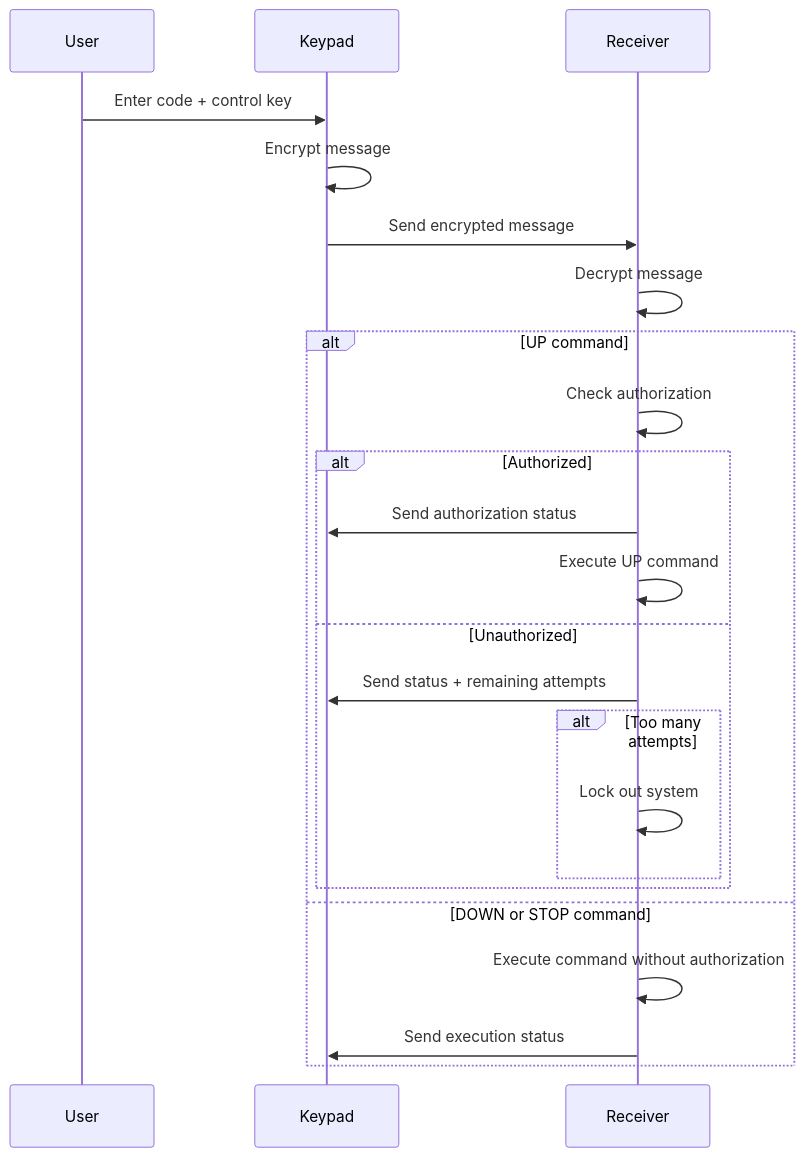
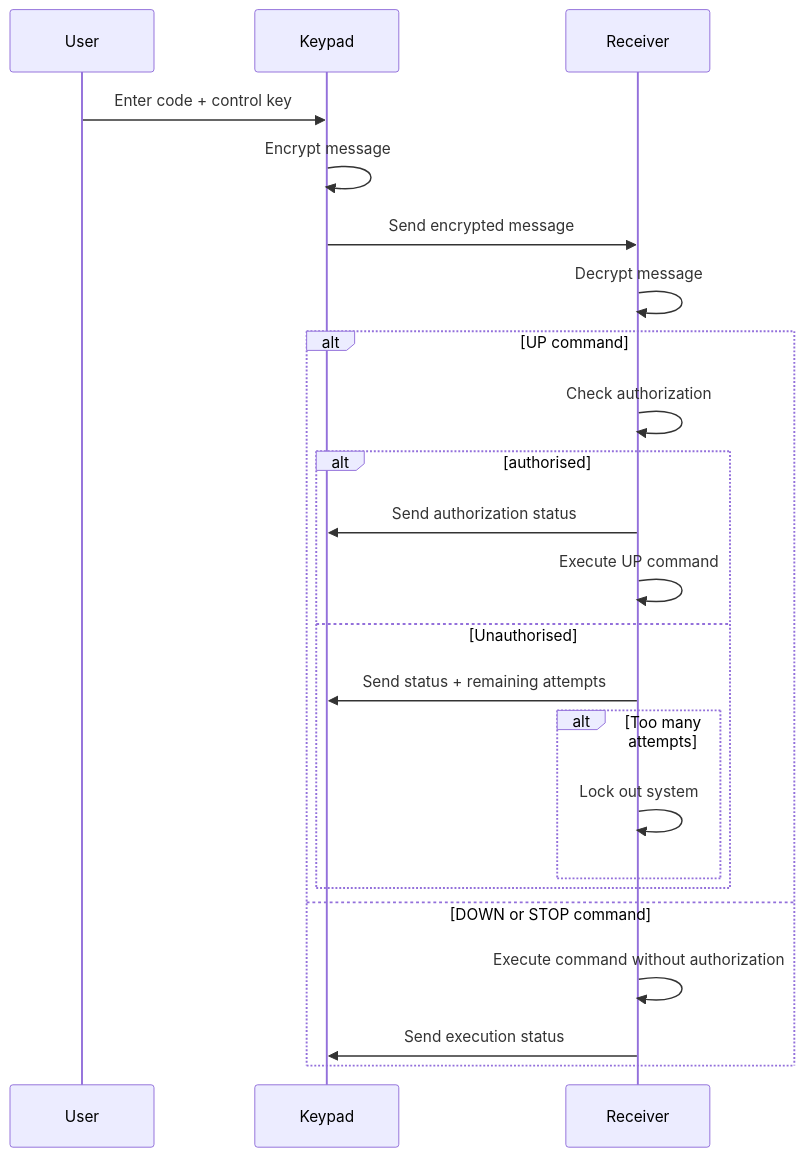
One commit to michaelruppe/touch-keypad changed the diagram in README.md. Above: the diagram before and after it, drawn with Mermaid. The commit also changed other lines of this file, not shown here.

````diff
--- a/README.md
+++ b/README.md
@@ -12,27 +46,27 @@
 ```mermaid
 sequenceDiagram
     participant User
     participant Keypad
     participant Receiver
     
     User->>Keypad: Enter code + control key
     Keypad->>Keypad: Encrypt message
     Keypad->>Receiver: Send encrypted message
     Receiver->>Receiver: Decrypt message
     
     alt UP command
         Receiver->>Receiver: Check authorization
-        alt Authorized
+        alt authorised
             Receiver->>Keypad: Send authorization status
             Receiver->>Receiver: Execute UP command
-        else Unauthorized
+        else Unauthorised
             Receiver->>Keypad: Send status + remaining attempts
             alt Too many attempts
                 Receiver->>Receiver: Lock out system
             end
         end
     else DOWN or STOP command
         Receiver->>Receiver: Execute command without authorization
         Receiver->>Keypad: Send execution status
     end
 ```
````
